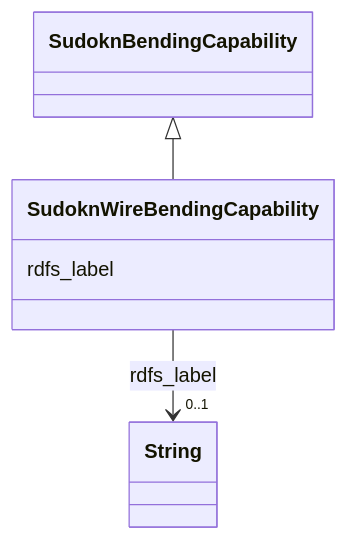
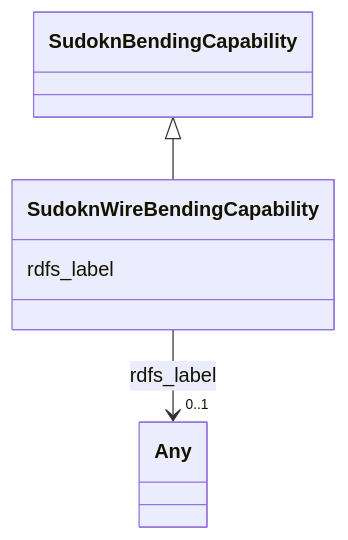
The diagram in sudokn-kg/classes/SudoknWireBendingCapability.md (frink-okn/graph-descriptions), drawn with Mermaid before and after one commit. The commit also changed other lines of this file and 903 other files, not shown here.

````diff
--- a/sudokn-kg/classes/SudoknWireBendingCapability.md
+++ b/sudokn-kg/classes/SudoknWireBendingCapability.md
@@ -23,18 +18,18 @@
 ```mermaid
  classDiagram
     class SudoknWireBendingCapability
     click SudoknWireBendingCapability href "../SudoknWireBendingCapability"
       SudoknBendingCapability <|-- SudoknWireBendingCapability
         click SudoknBendingCapability href "../SudoknBendingCapability"
       
       SudoknWireBendingCapability : rdfs_label
         
           
     
     
-    SudoknWireBendingCapability --> "0..1" String : rdfs_label
-    click String href "../String"
+    SudoknWireBendingCapability --> "0..1" Any : rdfs_label
+    click Any href "../Any"
 
         
       
 ```
````
